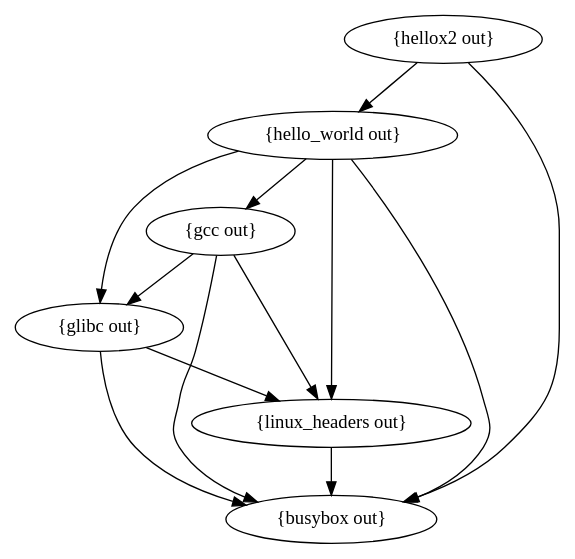
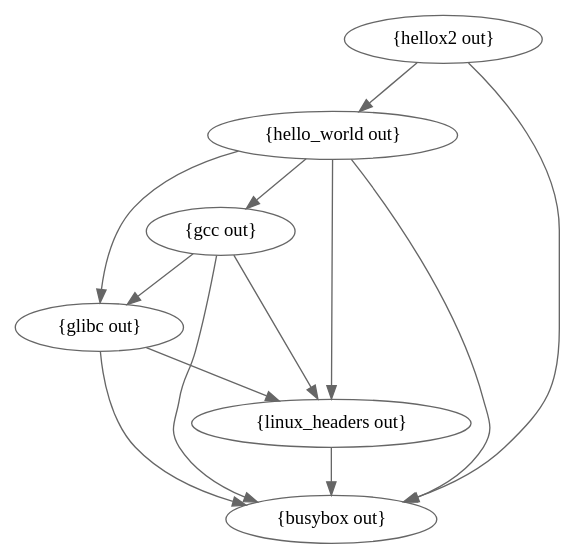
Before and after one commit to maxmcd/bramble: the fourth of 7 diagrams in notes/34-derivation-walk-and-patch.md, drawn with Graphviz. The commit also changed other lines of this file, not shown here.

````diff
--- a/notes/34-derivation-walk-and-patch.md
+++ b/notes/34-derivation-walk-and-patch.md
@@ -180,20 +189,23 @@
 ```dot
 digraph {
 	compound = "true"
 	newrank = "true"
+	graph [truecolor=true bgcolor="#00000000"]
+	node [style=filled fillcolor="#ffffff" color="#666666"]
+	edge [color="#666666"]
 	subgraph "root" {
 		"{hello_world out}" -> "{glibc out}"
 		"{hello_world out}" -> "{linux_headers out}"
 		"{hello_world out}" -> "{gcc out}"
 		"{hello_world out}" -> "{busybox out}"
 		"{hellox2 out}" -> "{hello_world out}"
 		"{hellox2 out}" -> "{busybox out}"
 		"{glibc out}" -> "{linux_headers out}"
 		"{glibc out}" -> "{busybox out}"
 		"{linux_headers out}" -> "{busybox out}"
 		"{gcc out}" -> "{glibc out}"
 		"{gcc out}" -> "{linux_headers out}"
 		"{gcc out}" -> "{busybox out}"
 	}
 }
 ```
````
